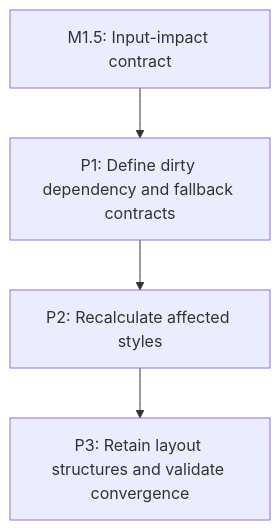
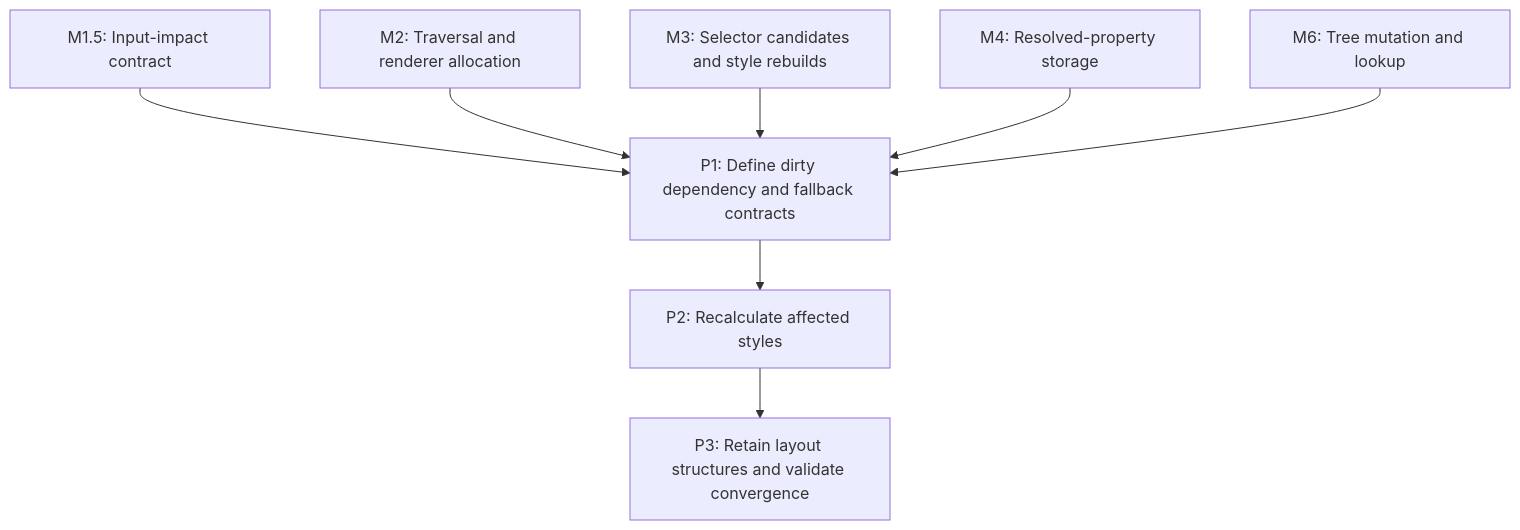
The diagram in docs/work/E6/M5 - Add incremental style and retained layout boundaries.md (SpinyOwl/SpinyGUI), drawn with Mermaid before and after one commit. The commit also changed other lines of this file and 3 other files, not shown here.

````diff
--- a/docs/work/E6/M5 - Add incremental style and retained layout boundaries.md
+++ b/docs/work/E6/M5 - Add incremental style and retained layout boundaries.md
@@ -34,5 +57,9 @@
 ```mermaid
 flowchart TD
   M15["M1.5: Input-impact contract"] --> P1["P1: Define dirty dependency and fallback contracts"]
+  M2["M2: Traversal and renderer allocation"] --> P1
+  M3["M3: Selector candidates and style rebuilds"] --> P1
+  M4["M4: Resolved-property storage"] --> P1
+  M6["M6: Tree mutation and lookup"] --> P1
   P1 --> P2["P2: Recalculate affected styles"] --> P3["P3: Retain layout structures and validate convergence"]
 ```
````
